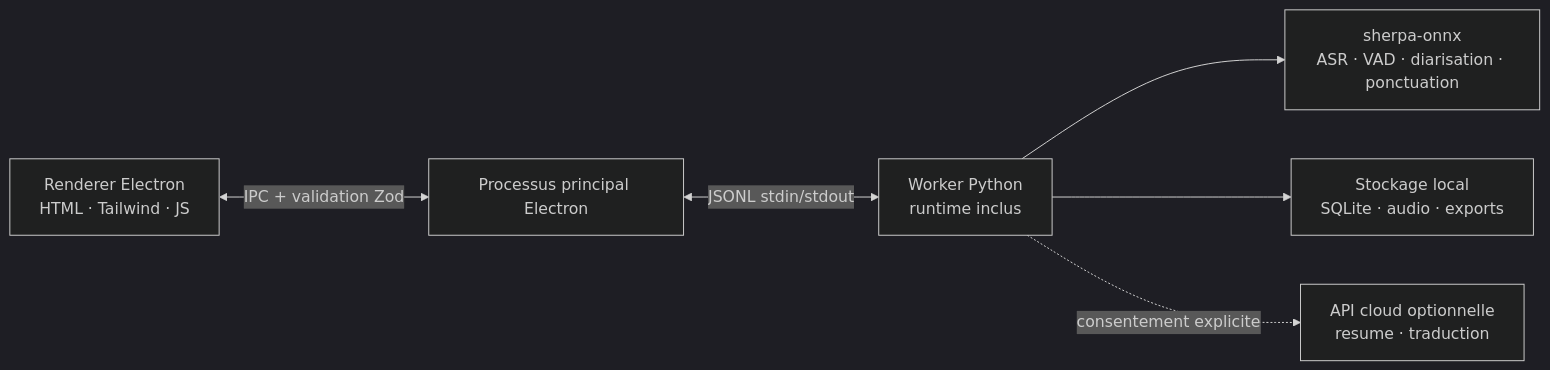
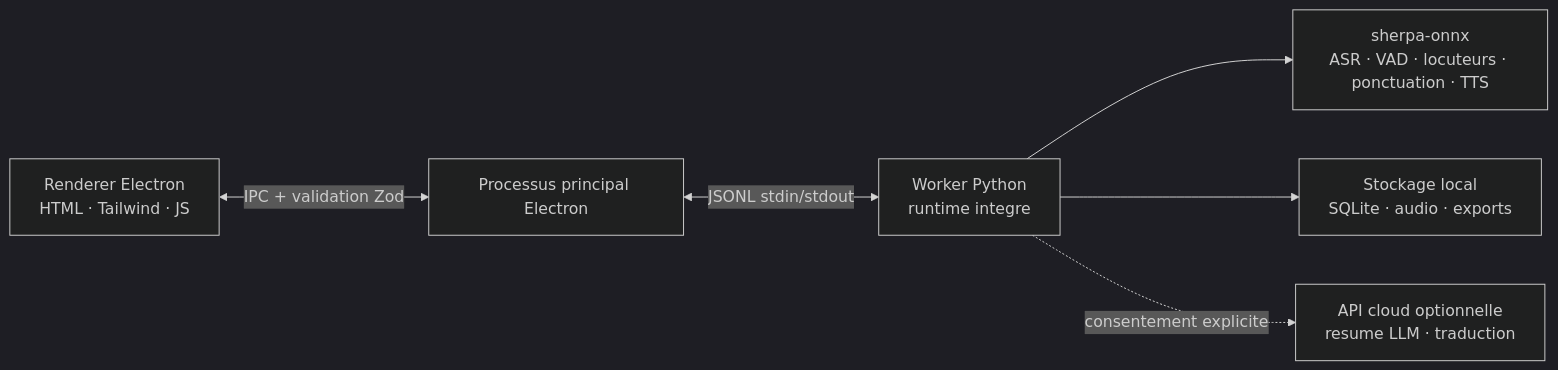
One commit to zerolovesea/Brevia changed the diagram in docs/README.fr.md. Above: the diagram before and after it, drawn with Mermaid (dark theme). The commit also changed other lines of this file and 44 other files, not shown here.

````diff
--- a/docs/README.fr.md
+++ b/docs/README.fr.md
@@ -55,8 +76,8 @@
 ```mermaid
 flowchart LR
   A[Renderer Electron<br/>HTML · Tailwind · JS] <-->|IPC + validation Zod| B[Processus principal Electron]
-  B <-->|JSONL stdin/stdout| C[Worker Python<br/>runtime inclus]
-  C --> D[sherpa-onnx<br/>ASR · VAD · diarisation · ponctuation]
+  B <-->|JSONL stdin/stdout| C[Worker Python<br/>runtime integre]
+  C --> D[sherpa-onnx<br/>ASR · VAD · locuteurs · ponctuation · TTS]
   C --> E[Stockage local<br/>SQLite · audio · exports]
-  C -. consentement explicite .-> F[API cloud optionnelle<br/>resume · traduction]
+  C -. consentement explicite .-> F[API cloud optionnelle<br/>resume LLM · traduction]
 ```
````
